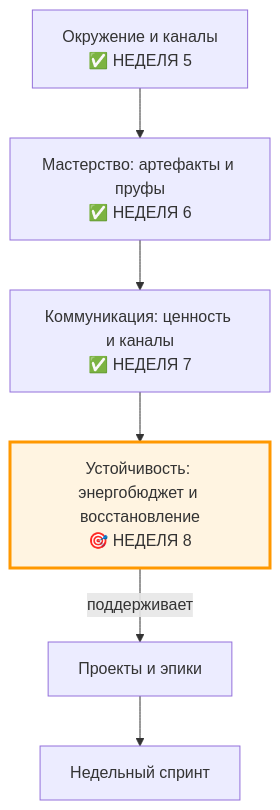
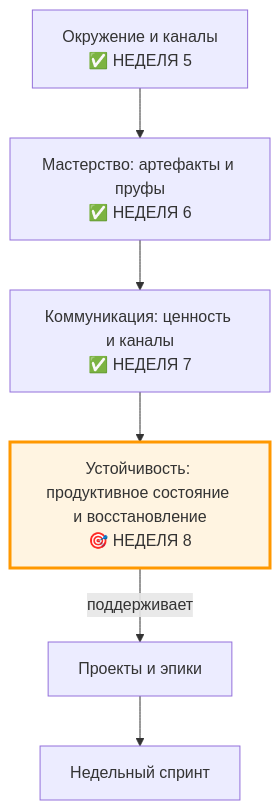
Before and after one commit to pokrovskiyv/msw-framework: the diagram in weeks/Week_08_Resilience.md, drawn with Mermaid. The commit also changed other lines of this file and 9 other files, not shown here.

First line of the commit message:
Add MSW modular architecture + replace 'СЌРЅРµСЂРіРѕР±СЋРґР¶РµС‚' with 'РїСЂРѕРґСѓРєС‚РёРІРЅРѕРµ СЃРѕСЃС‚РѕСЏРЅРёРµ'

````diff
--- a/weeks/Week_08_Resilience.md
+++ b/weeks/Week_08_Resilience.md
@@ -82,10 +82,10 @@
 ```mermaid
 graph TB
     E[Окружение и каналы<br/>✅ НЕДЕЛЯ 5] --> F[Мастерство: артефакты и пруфы<br/>✅ НЕДЕЛЯ 6]
     F --> G[Коммуникация: ценность и каналы<br/>✅ НЕДЕЛЯ 7]
-    G --> H[Устойчивость: энергобюджет и восстановление<br/>🎯 НЕДЕЛЯ 8]
+    G --> H[Устойчивость: продуктивное состояние и восстановление<br/>🎯 НЕДЕЛЯ 8]
     H -->|поддерживает| C[Проекты и эпики]
     C --> D[Недельный спринт]
 
     style H fill:#fff4e1,stroke:#ff9800,stroke-width:3px
 ```
````
